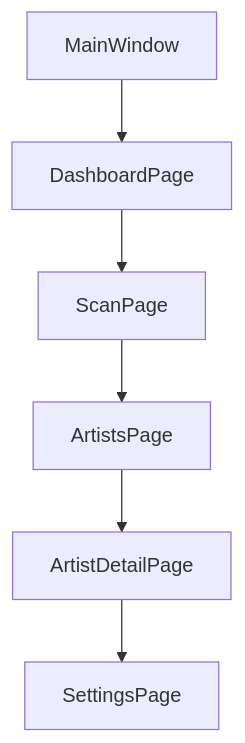
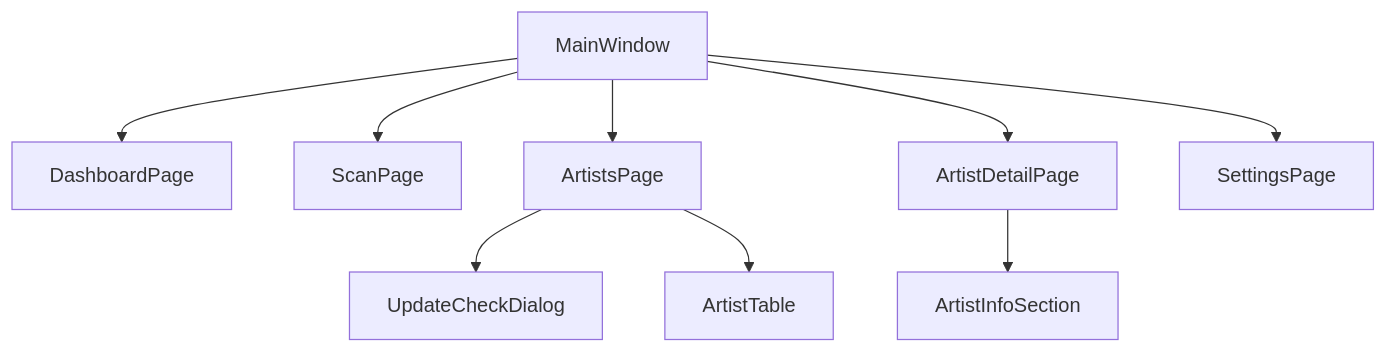
The tenth of 12 diagrams in docs/07_ARCHITECTURE.md (PKT0623/PixivLocalManager), drawn with Mermaid before and after one commit. The commit also changed other lines of this file and 10 other files, not shown here.

````diff
--- a/docs/07_ARCHITECTURE.md
+++ b/docs/07_ARCHITECTURE.md
@@ -285,15 +377,21 @@
 ```mermaid
 flowchart TD
 
 MainWindow
 
 --> DashboardPage
 
---> ScanPage
+MainWindow --> ScanPage
 
---> ArtistsPage
+MainWindow --> ArtistsPage
 
---> ArtistDetailPage
+MainWindow --> ArtistDetailPage
 
---> SettingsPage
+MainWindow --> SettingsPage
+
+ArtistsPage --> UpdateCheckDialog
+
+ArtistsPage --> ArtistTable
+
+ArtistDetailPage --> ArtistInfoSection
 ```
````
